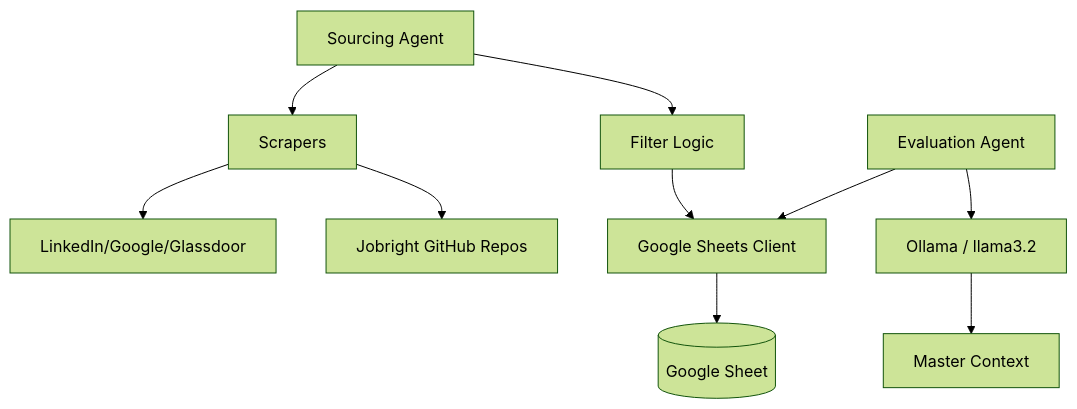
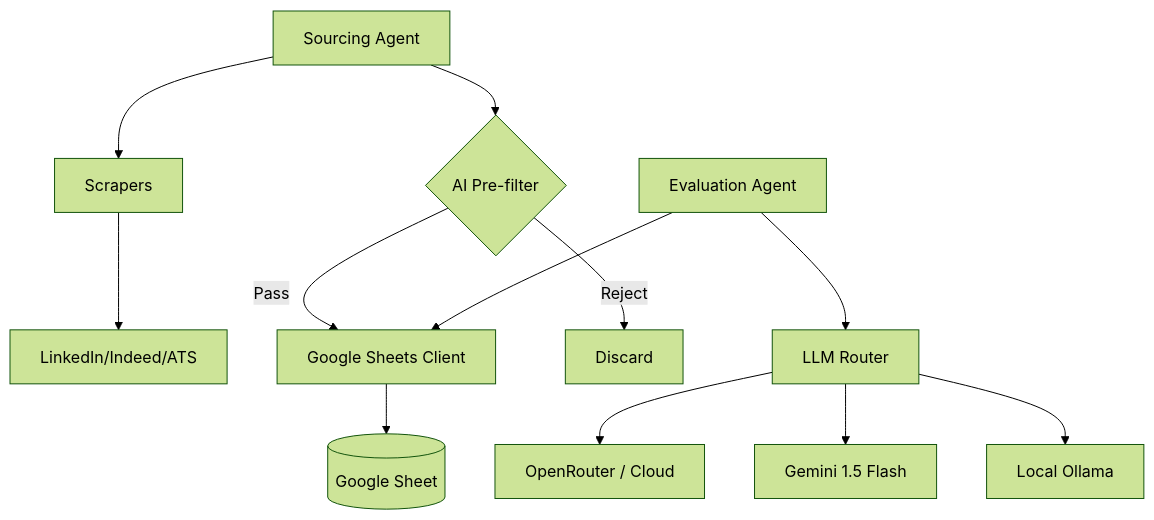
Before and after one commit to nagarajaabhishek/jobs: the diagram in README.md, drawn with Mermaid (forest theme). The commit also changed other lines of this file, not shown here.

Commit message:
docs: update README with OpenRouter architecture and AI sourcing features

````diff
--- a/README.md
+++ b/README.md
@@ -6,12 +6,15 @@
 ```mermaid
 graph TD
     A[Sourcing Agent] --> B[Scrapers]
-    B --> C[LinkedIn/Google/Glassdoor]
-    B --> D[Jobright GitHub Repos]
-    A --> E[Filter Logic]
-    E --> F[Google Sheets Client]
-    F --> G[(Google Sheet)]
-    H[Evaluation Agent] --> I[Ollama / llama3.2]
-    I --> J[Master Context]
-    H --> F
+    B --> C[LinkedIn/Indeed/ATS]
+    A --> D{AI Pre-filter}
+    D -- Pass --> E[Google Sheets Client]
+    D -- Reject --> F[Discard]
+    E --> G[(Google Sheet)]
+    
+    H[Evaluation Agent] --> I[LLM Router]
+    I --> J[OpenRouter / Cloud]
+    I --> K[Gemini 1.5 Flash]
+    I --> L[Local Ollama]
+    H --> E
 ```
````
